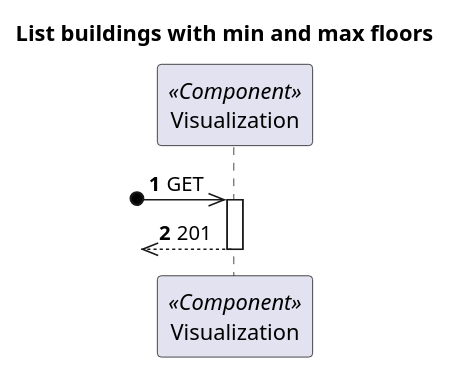
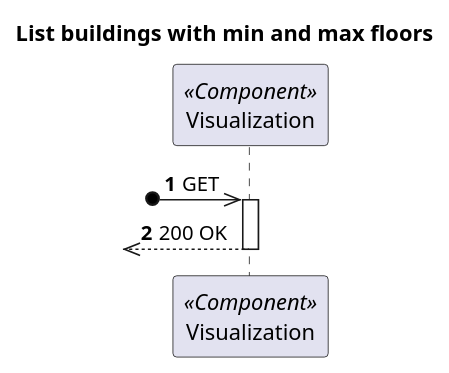
The diagram in docs/VistaProcesso/US180/Visualization/ProcessView_Level2_US180.puml (1210910/lapr5), drawn with PlantUML before and after one commit. The commit also changed 3 other files, not shown here.

```diff
--- a/docs/VistaProcesso/US180/Visualization/ProcessView_Level2_US180.puml
+++ b/docs/VistaProcesso/US180/Visualization/ProcessView_Level2_US180.puml
@@ -1,17 +1,17 @@
 @startuml
 'https://plantuml.com/sequence-diagram
 
 autonumber
 
 skinparam packageStyle rect
 
 title List buildings with min and max floors
 
 participant "Visualization" as MD <<Component>>
 
 ?o->> MD : GET
 
 activate MD
-?o<<--- MD : 201
+?o<<--- MD : 200 OK
 deactivate MD
 @enduml
```
